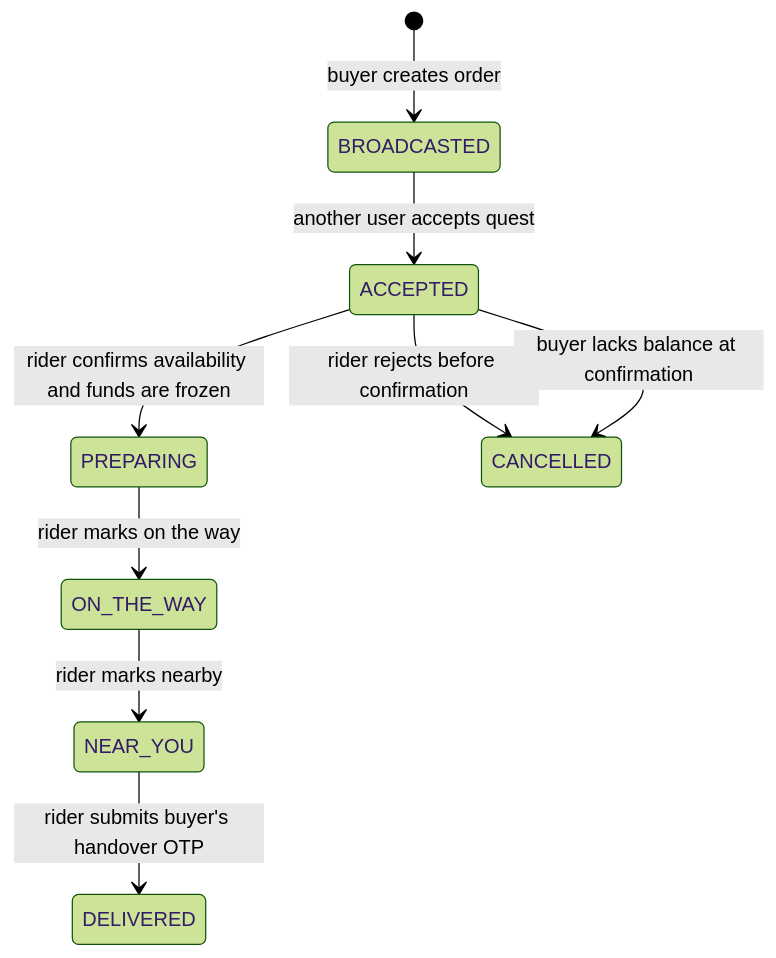
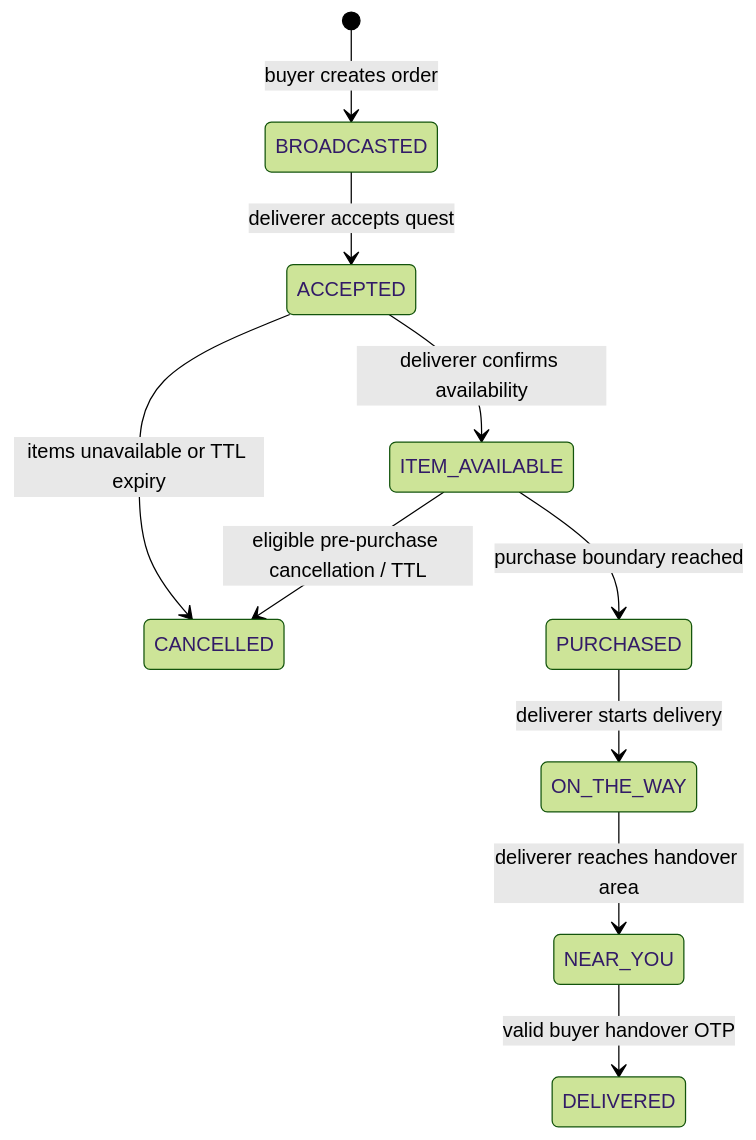
Before and after one commit to keptbeetle/CAmpdeliver: the diagram in docs/PRODUCT_AND_OPERATING_MODEL.md, drawn with Mermaid (forest theme). The commit also changed other lines of this file, not shown here.

````diff
--- a/docs/PRODUCT_AND_OPERATING_MODEL.md
+++ b/docs/PRODUCT_AND_OPERATING_MODEL.md
@@ -149,11 +81,12 @@
 ```mermaid
 stateDiagram-v2
   [*] --> BROADCASTED: buyer creates order
-  BROADCASTED --> ACCEPTED: another user accepts quest
-  ACCEPTED --> PREPARING: rider confirms availability and funds are frozen
-  ACCEPTED --> CANCELLED: rider rejects before confirmation
-  ACCEPTED --> CANCELLED: buyer lacks balance at confirmation
-  PREPARING --> ON_THE_WAY: rider marks on the way
-  ON_THE_WAY --> NEAR_YOU: rider marks nearby
-  NEAR_YOU --> DELIVERED: rider submits buyer's handover OTP
+  BROADCASTED --> ACCEPTED: deliverer accepts quest
+  ACCEPTED --> ITEM_AVAILABLE: deliverer confirms availability
+  ACCEPTED --> CANCELLED: items unavailable or TTL expiry
+  ITEM_AVAILABLE --> PURCHASED: purchase boundary reached
+  ITEM_AVAILABLE --> CANCELLED: eligible pre-purchase cancellation / TTL
+  PURCHASED --> ON_THE_WAY: deliverer starts delivery
+  ON_THE_WAY --> NEAR_YOU: deliverer reaches handover area
+  NEAR_YOU --> DELIVERED: valid buyer handover OTP
 ```
````
